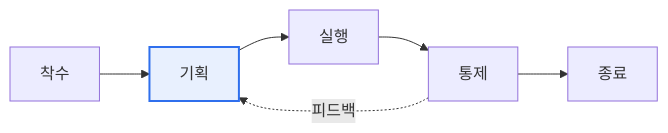
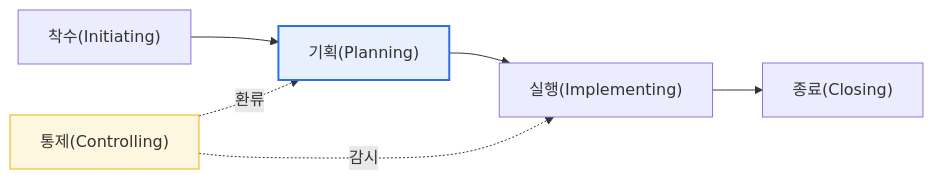
Before and after one commit to coninggu/wjdqhrhksflrltnftk: the first of 2 diagrams in content/iso-21500.md, drawn with Mermaid. The commit also changed other lines of this file and 3 other files, not shown here.

````diff
--- a/content/iso-21500.md
+++ b/content/iso-21500.md
@@ -15,6 +23,8 @@
 ```mermaid
 flowchart LR
-  I[착수] --> P[기획] --> E[실행] --> C[통제] --> Cl[종료]
-  C -. 피드백 .-> P
+  I["착수(Initiating)"] --> P["기획(Planning)"] --> E["실행(Implementing)"] --> Cl["종료(Closing)"]
+  C["통제(Controlling)"] -. 감시 .-> E
+  C -. 환류 .-> P
   style P fill:#e8f0fe,stroke:#2f6fed,stroke-width:2px
+  style C fill:#fef7e0,stroke:#f9ab00
 ```
````
